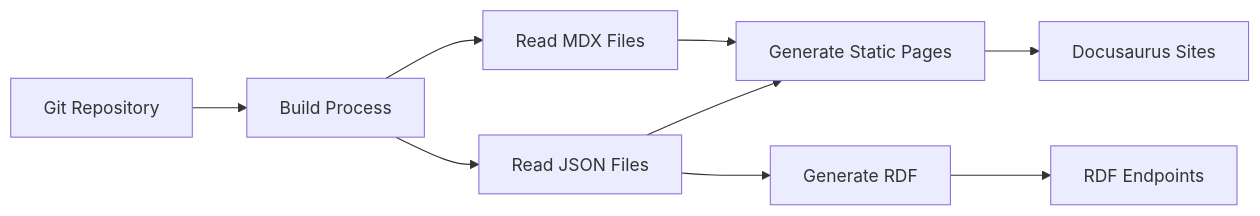
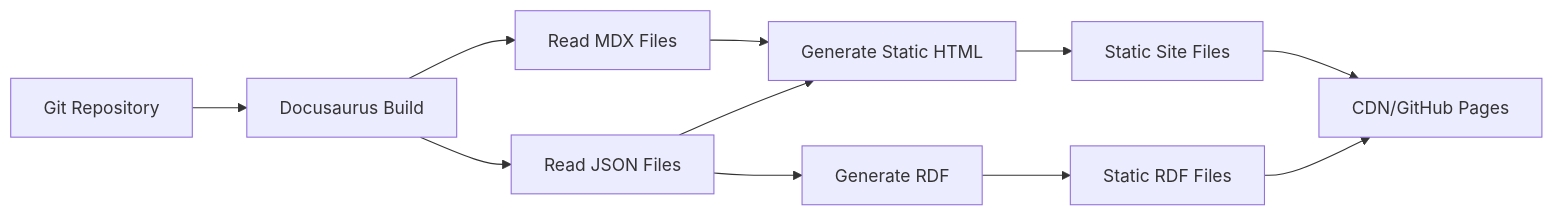
The third of 4 diagrams in system-design-docs/02-data-architecture.md (iflastandards/platform), drawn with Mermaid before and after one commit. The commit also changed other lines of this file and 46 other files, not shown here.

````diff
--- a/system-design-docs/02-data-architecture.md
+++ b/system-design-docs/02-data-architecture.md
@@ -356,11 +371,14 @@
 ```mermaid
 graph LR
-    A[Git Repository] --> B[Build Process]
+    A[Git Repository] --> B[Docusaurus Build]
     B --> C[Read MDX Files]
     B --> D[Read JSON Files]
-    C --> E[Generate Static Pages]
+    C --> E[Generate Static HTML]
     D --> E
-    E --> F[Docusaurus Sites]
-    D --> G[Generate RDF]
-    G --> H[RDF Endpoints]
+    E --> F[Static Site Files]
+    F --> G[CDN/GitHub Pages]
+    
+    D --> H[Generate RDF]
+    H --> I[Static RDF Files]
+    I --> G
 ```
````
